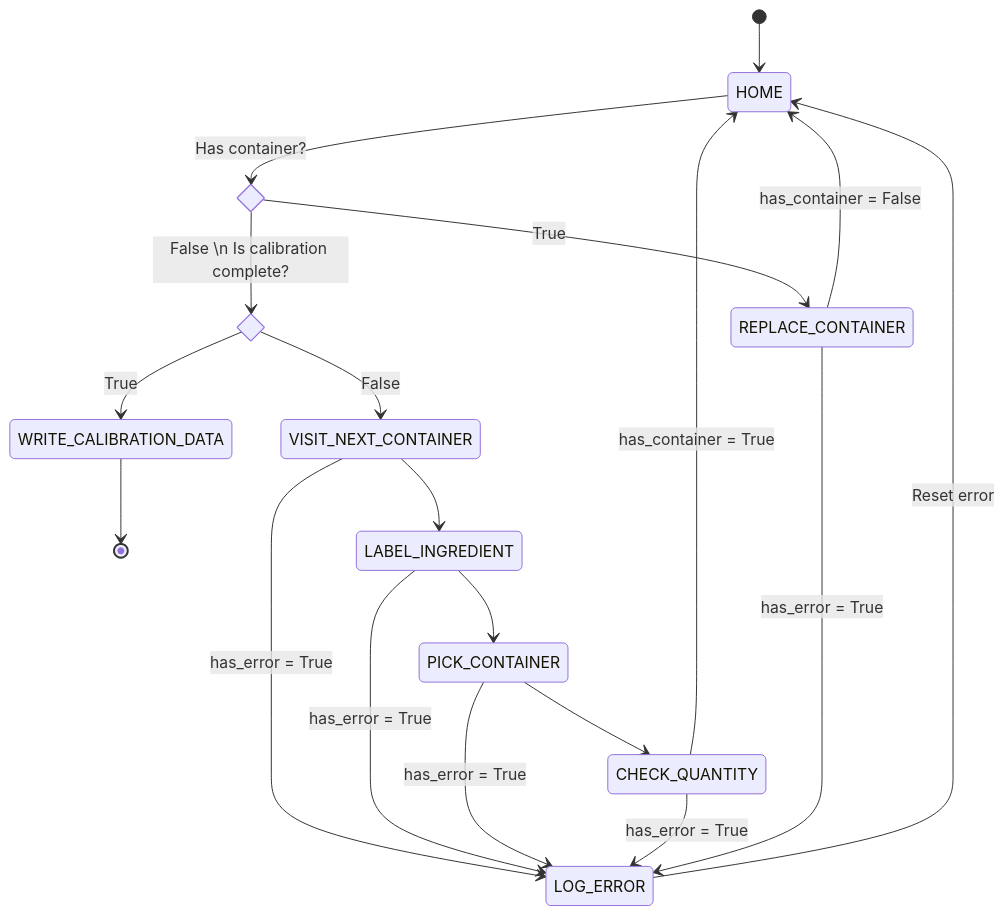
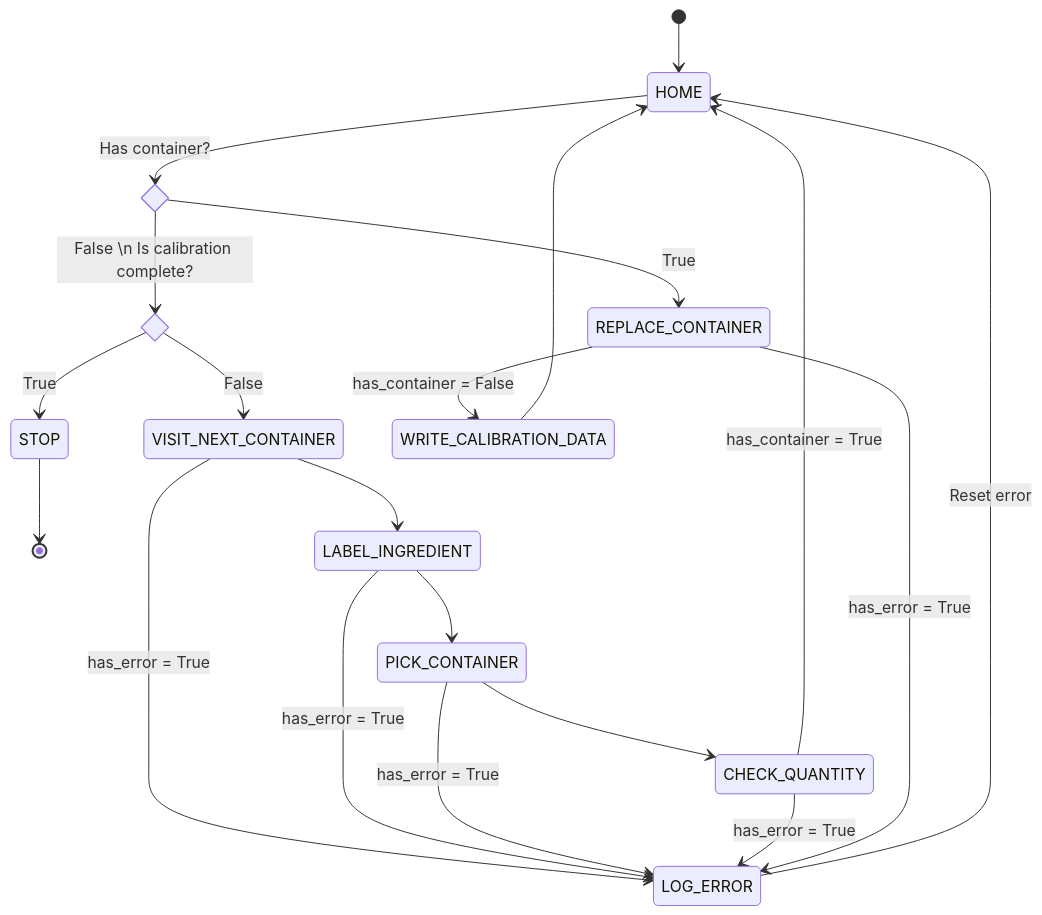
One commit to ratatouille-robotics/ratatouille_planner changed the second of 3 diagrams in README.md. Above: the diagram before and after it, drawn with Mermaid. The commit also changed 1 other file, not shown here.

Commit message:
Write after every container calibration

````diff
--- a/README.md
+++ b/README.md
@@ -47,33 +47,34 @@
 ```mermaid
 stateDiagram-v2
     [*] --> HOME
 
     state has_container <<choice>>
     state has_request1 <<choice>>
 
     HOME --> has_container: Has container?
     has_container --> has_request1: False \n Is calibration complete?
     has_container --> REPLACE_CONTAINER: True
 
-    has_request1 --> WRITE_CALIBRATION_DATA: True
-    WRITE_CALIBRATION_DATA --> [*]
+    has_request1 --> STOP: True
+    STOP--> [*]
     has_request1 --> VISIT_NEXT_CONTAINER: False
 
     VISIT_NEXT_CONTAINER --> LABEL_INGREDIENT
     LABEL_INGREDIENT --> PICK_CONTAINER
     PICK_CONTAINER --> CHECK_QUANTITY
 
-    REPLACE_CONTAINER --> HOME: has_container = False
+    REPLACE_CONTAINER --> WRITE_CALIBRATION_DATA: has_container = False
+    WRITE_CALIBRATION_DATA --> HOME
 
     CHECK_QUANTITY --> HOME: has_container = True
 
     LOG_ERROR --> HOME: Reset error
 
     
     VISIT_NEXT_CONTAINER --> LOG_ERROR: has_error = True
     LABEL_INGREDIENT --> LOG_ERROR: has_error = True
     PICK_CONTAINER --> LOG_ERROR: has_error = True
     CHECK_QUANTITY --> LOG_ERROR: has_error = True
     REPLACE_CONTAINER --> LOG_ERROR: has_error = True
 
 ```
````
